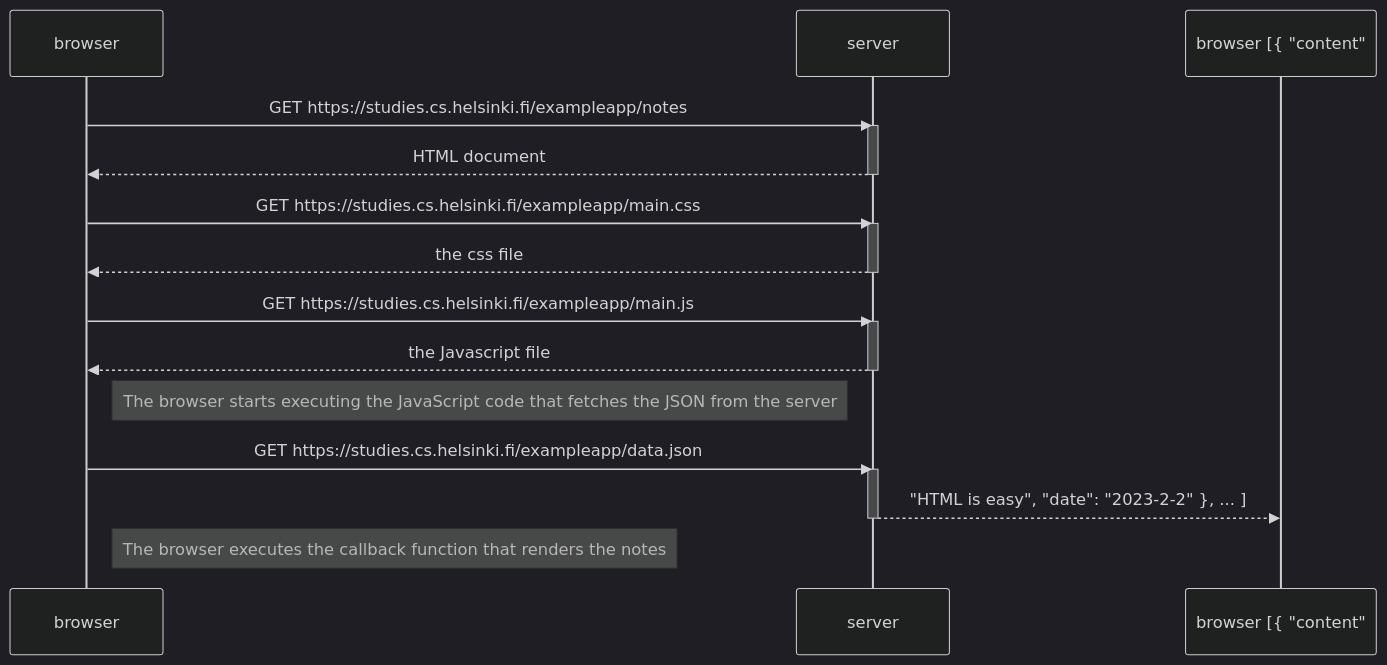
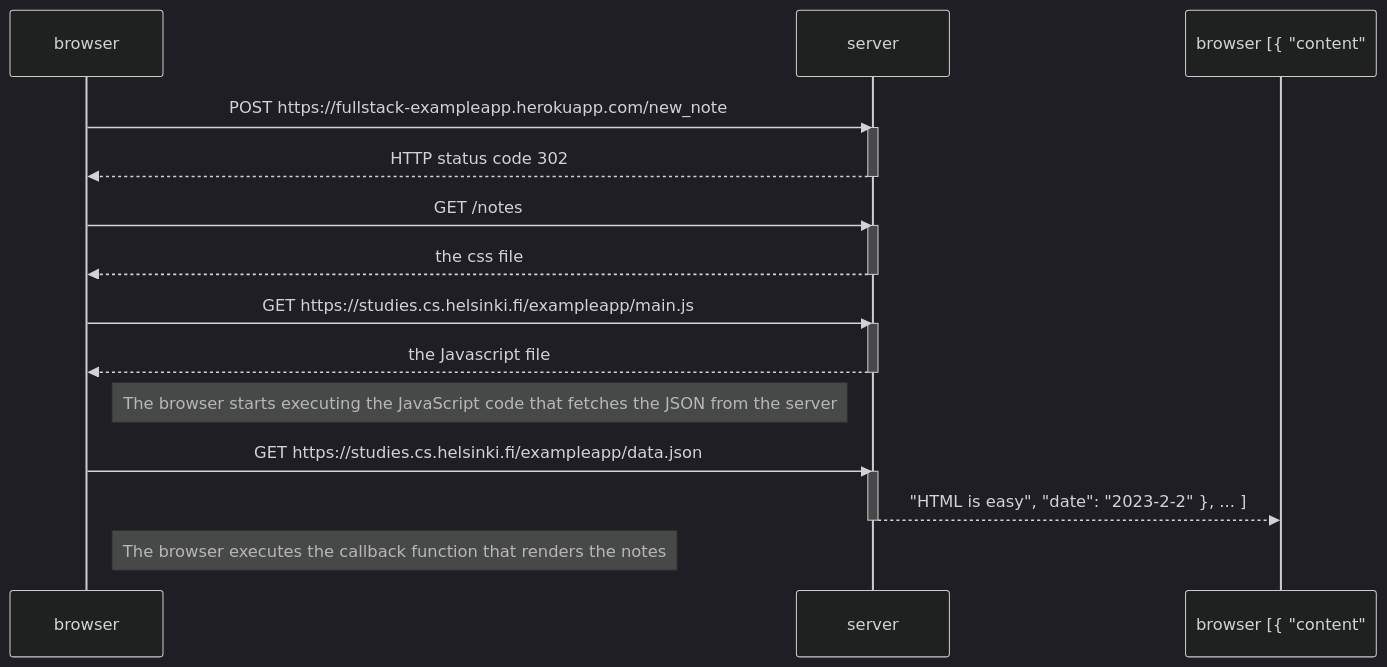
The diagram in part0/exercise04.md (maryelizhall/fullstackwebdev), drawn with Mermaid (dark theme) before and after one commit.

Commit message:
started file changes

````diff
--- a/part0/exercise04.md
+++ b/part0/exercise04.md
@@ -3,29 +3,29 @@
 ```mermaid
 sequenceDiagram
     participant browser
     participant server
 
-    browser->>server: GET https://studies.cs.helsinki.fi/exampleapp/notes
+    browser->>server: POST https://fullstack-exampleapp.herokuapp.com/new_note
     activate server
-    server-->>browser: HTML document
+    server-->>browser: HTTP status code 302
     deactivate server
 
-    browser->>server: GET https://studies.cs.helsinki.fi/exampleapp/main.css
+    browser->>server: GET /notes
     activate server
     server-->>browser: the css file
     deactivate server
 
     browser->>server: GET https://studies.cs.helsinki.fi/exampleapp/main.js
     activate server
     server-->>browser: the Javascript file
     deactivate server
 
     Note right of browser: The browser starts executing the JavaScript code that fetches the JSON from the server
 
     browser->>server: GET https://studies.cs.helsinki.fi/exampleapp/data.json
     activate server
     server-->>browser [{ "content": "HTML is easy", "date": "2023-2-2" }, ... ]
     deactivate server
 
     Note right of browser: The browser executes the callback function that renders the notes
 ```
````
